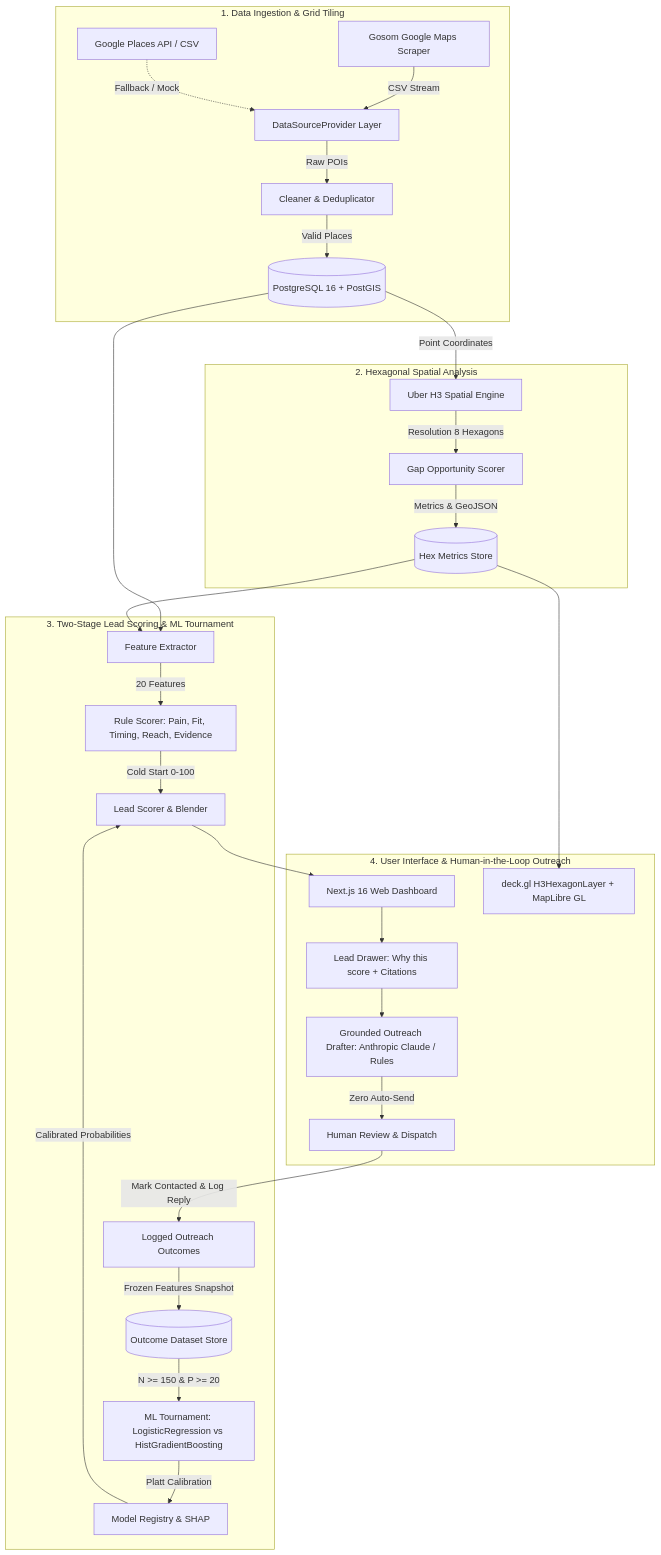
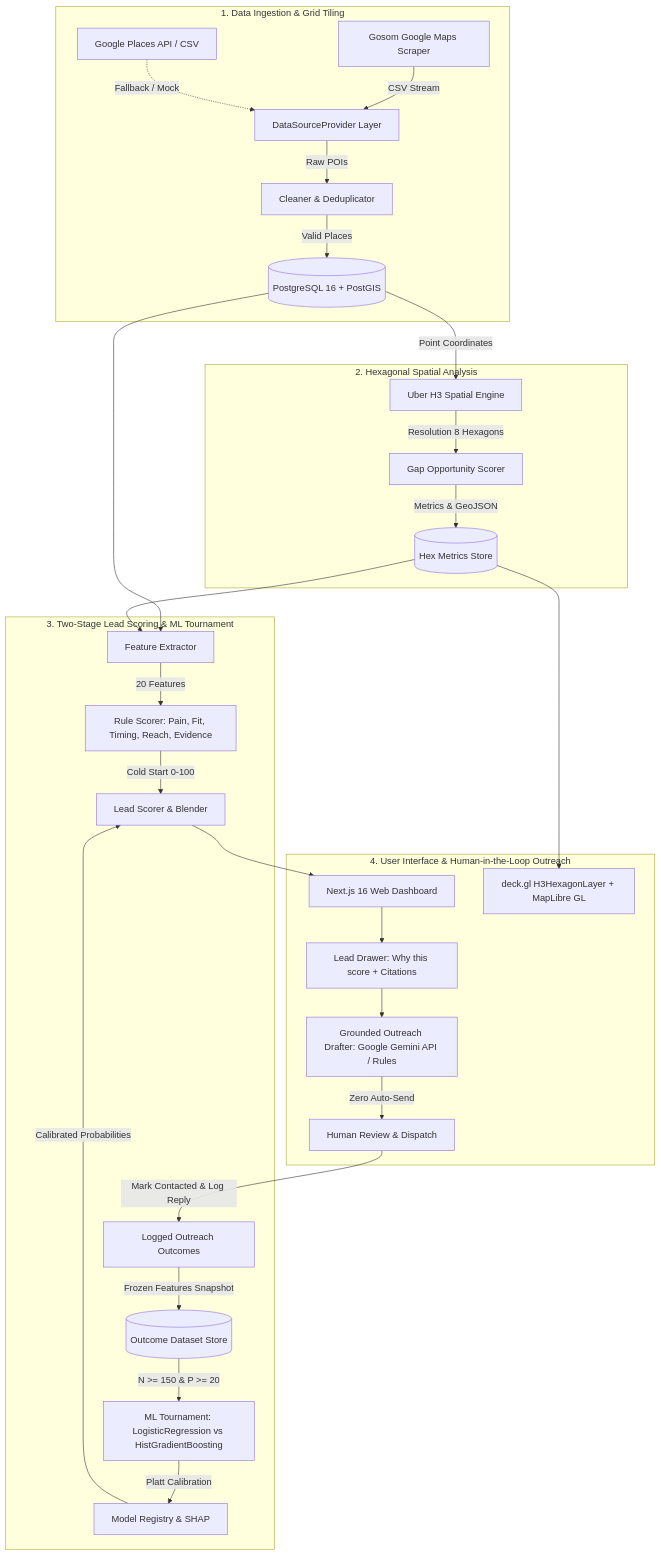
One commit to kamalnathmallick/GapScout changed the diagram in README.md. Above: the diagram before and after it, drawn with Mermaid. The commit also changed other lines of this file and 16 other files, not shown here.

Commit message:
feat(llm): switch enrichment and outreach drafts to Gemini API

````diff
--- a/README.md
+++ b/README.md
@@ -17,35 +17,35 @@
 ```mermaid
 flowchart TD
     subgraph Ingestion ["1. Data Ingestion & Grid Tiling"]
         G[Gosom Google Maps Scraper] -->|CSV Stream| P[DataSourceProvider Layer]
         API[Google Places API / CSV] -.->|Fallback / Mock| P
         P -->|Raw POIs| CL[Cleaner & Deduplicator]
         CL -->|Valid Places| DB[(PostgreSQL 16 + PostGIS)]
     end
 
     subgraph Spatial ["2. Hexagonal Spatial Analysis"]
         DB -->|Point Coordinates| H3[Uber H3 Spatial Engine]
         H3 -->|Resolution 8 Hexagons| GO[Gap Opportunity Scorer]
         GO -->|Metrics & GeoJSON| HM[(Hex Metrics Store)]
     end
 
     subgraph Scoring ["3. Two-Stage Lead Scoring & ML Tournament"]
         DB & HM --> FE[Feature Extractor]
         FE -->|20 Features| RS[Rule Scorer: Pain, Fit, Timing, Reach, Evidence]
         RS -->|Cold Start 0-100| LS[Lead Scorer & Blender]
         
         OE[Logged Outreach Outcomes] -->|Frozen Features Snapshot| DB_ML[(Outcome Dataset Store)]
         DB_ML -->|N >= 150 & P >= 20| ML[ML Tournament: LogisticRegression vs HistGradientBoosting]
         ML -->|Platt Calibration| REG[Model Registry & SHAP]
         REG -->|Calibrated Probabilities| LS
     end
 
     subgraph Presentation ["4. User Interface & Human-in-the-Loop Outreach"]
         LS --> UI[Next.js 16 Web Dashboard]
         HM --> MAP[deck.gl H3HexagonLayer + MapLibre GL]
         UI --> DRAWER[Lead Drawer: Why this score + Citations]
-        DRAWER --> DRAFT[Grounded Outreach Drafter: Anthropic Claude / Rules]
+        DRAWER --> DRAFT[Grounded Outreach Drafter: Google Gemini API / Rules]
         DRAFT -->|Zero Auto-Send| HUMAN[Human Review & Dispatch]
         HUMAN -->|Mark Contacted & Log Reply| OE
     end
 ```
````
